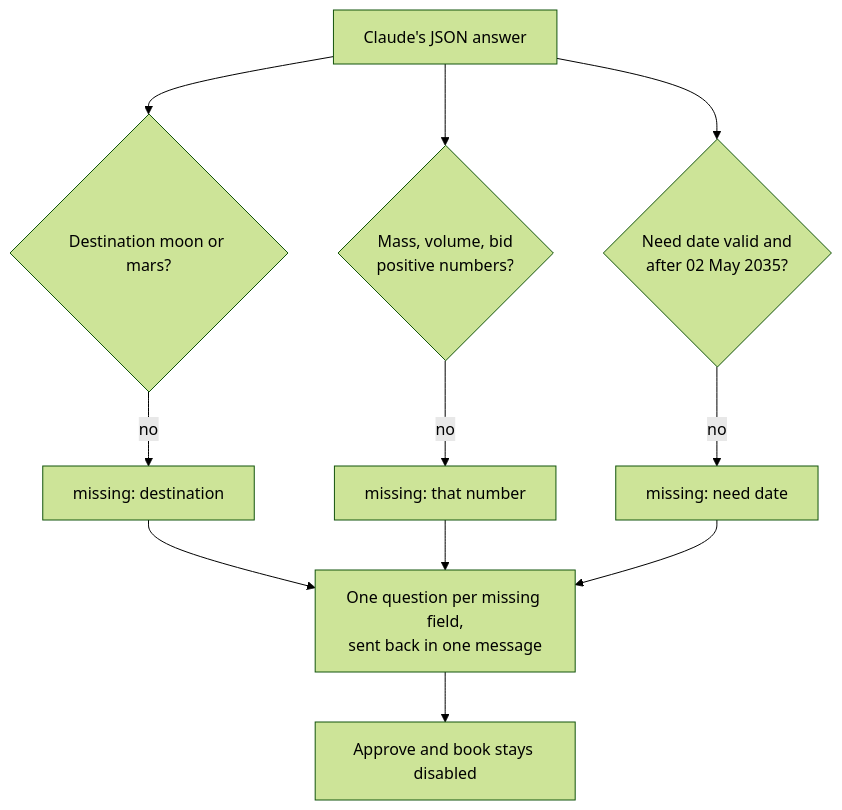
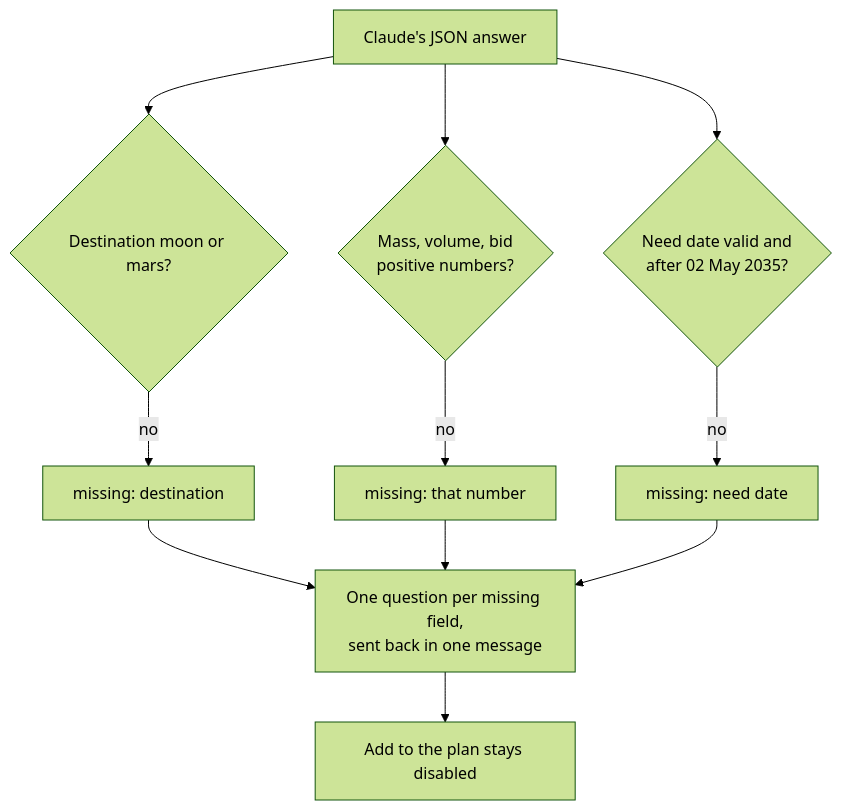
Before and after one commit to 0xNadr/cargo-window: the second of 2 diagrams in docs/AI_DECISIONS.md, drawn with Mermaid (forest theme). The commit also changed other lines of this file and 62 other files, not shown here.

````diff
--- a/docs/AI_DECISIONS.md
+++ b/docs/AI_DECISIONS.md
@@ -59,11 +59,11 @@
 ```mermaid
 flowchart TD
     Q["Claude's JSON answer"] --> D{"Destination moon or mars?"}
     D -- no --> M1["missing: destination"]
     Q --> N{"Mass, volume, bid<br/>positive numbers?"}
     N -- no --> M2["missing: that number"]
     Q --> T{"Need date valid and<br/>after 02 May 2035?"}
     T -- no --> M3["missing: need date"]
     M1 & M2 & M3 --> Ask["One question per missing field,<br/>sent back in one message"]
-    Ask --> Block["Approve and book stays disabled"]
+    Ask --> Block["Add to the plan stays disabled"]
 ```
````
